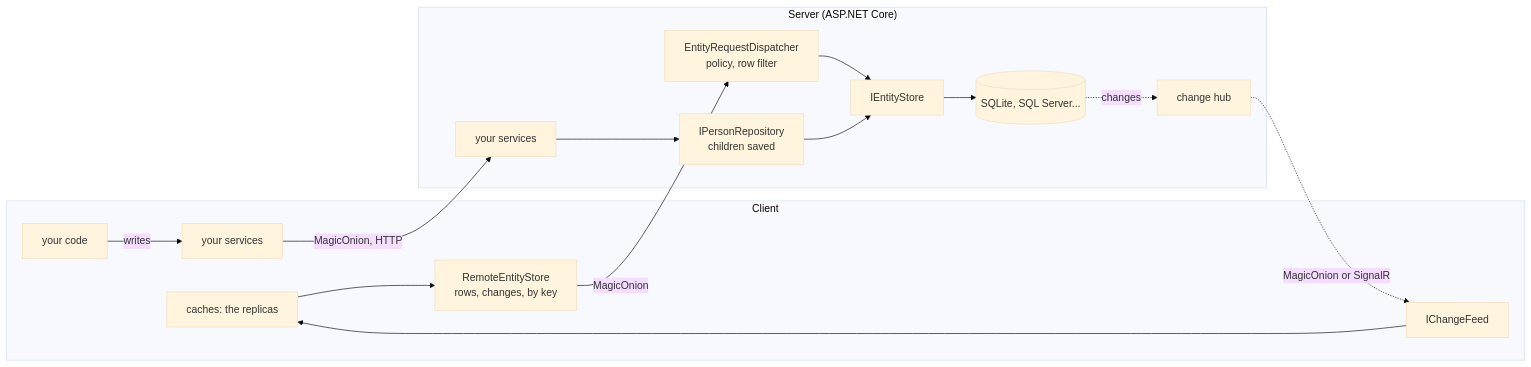
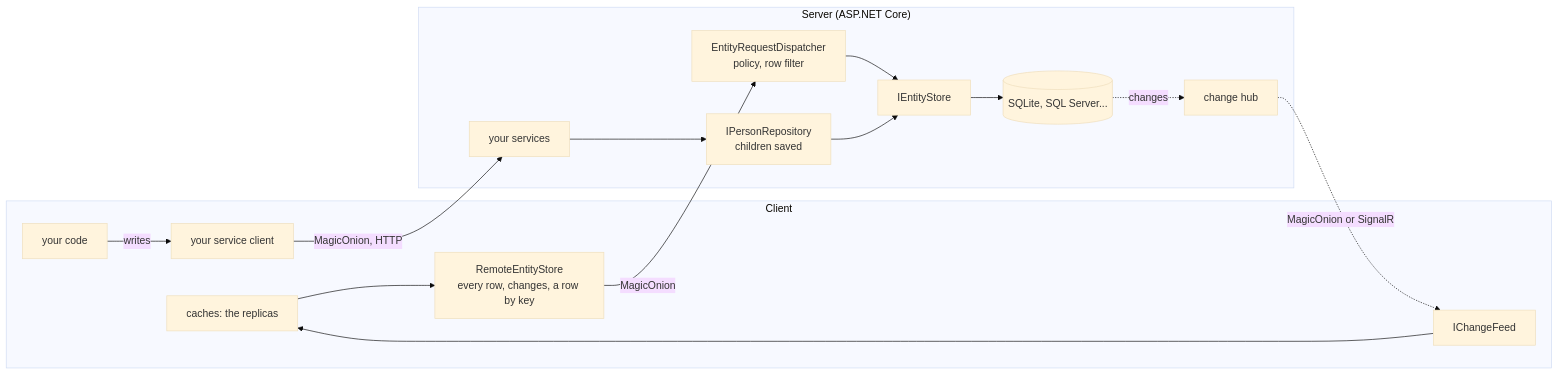
Before and after one commit to cedric56/Queryeables: the diagram in README.md, drawn with Mermaid (base theme). The commit also changed other lines of this file and 12 other files, not shown here.

````diff
--- a/README.md
+++ b/README.md
@@ -128,18 +125,18 @@
 ```mermaid
 flowchart LR
     subgraph Client
-        VM[caches: the replicas] --> RS[RemoteEntityStore<br/>rows, changes, by key]
-        M[IChangeFeed] --> VM
-        APP[your code] -- writes --> SVC[your services]
+        C[caches: the replicas] --> RS[RemoteEntityStore<br/>every row, changes, a row by key]
+        F[IChangeFeed] --> C
+        APP[your code] -- writes --> SVC[your service client]
     end
     subgraph Server["Server (ASP.NET Core)"]
         D[EntityRequestDispatcher<br/>policy, row filter] --> ST[IEntityStore]
         SVC2[your services] --> PS[IPersonRepository<br/>children saved]
         PS --> ST
         ST --> DB[(SQLite, SQL Server...)]
         DB -. changes .-> H[change hub]
     end
     RS -- MagicOnion --> D
     SVC -- MagicOnion, HTTP --> SVC2
-    H -. MagicOnion or SignalR .-> M
+    H -. MagicOnion or SignalR .-> F
 ```
````
